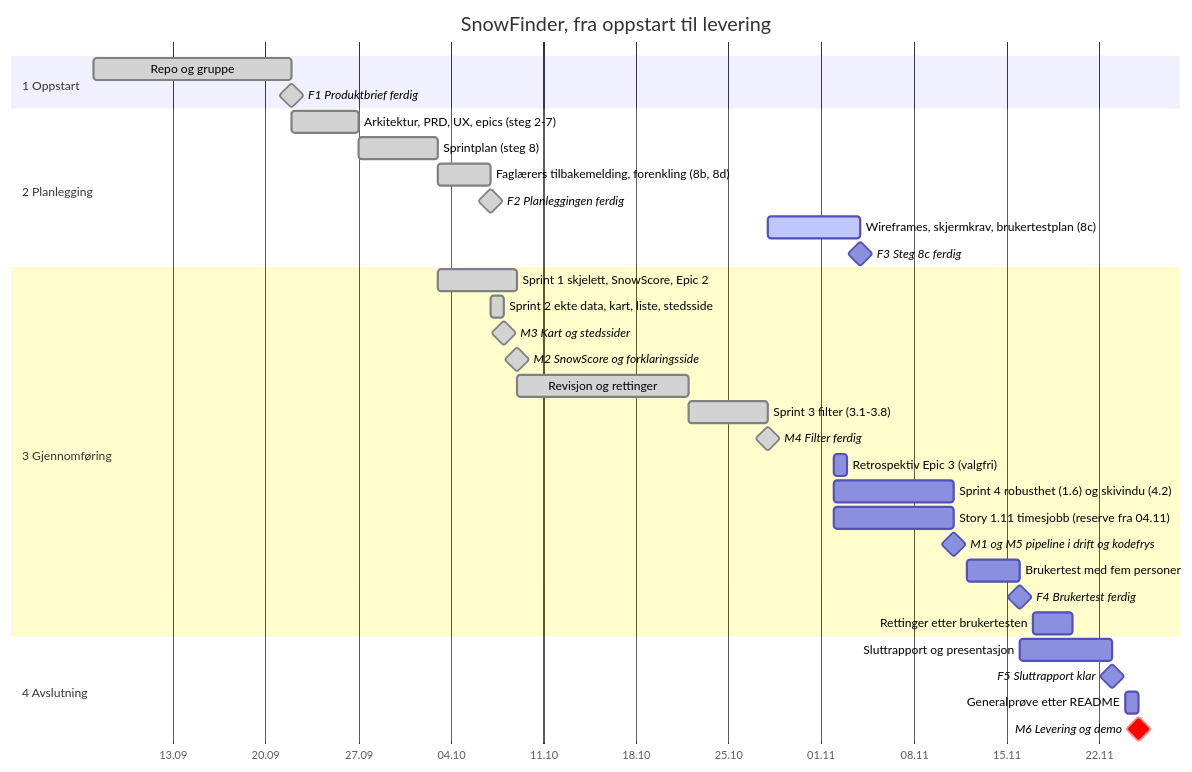
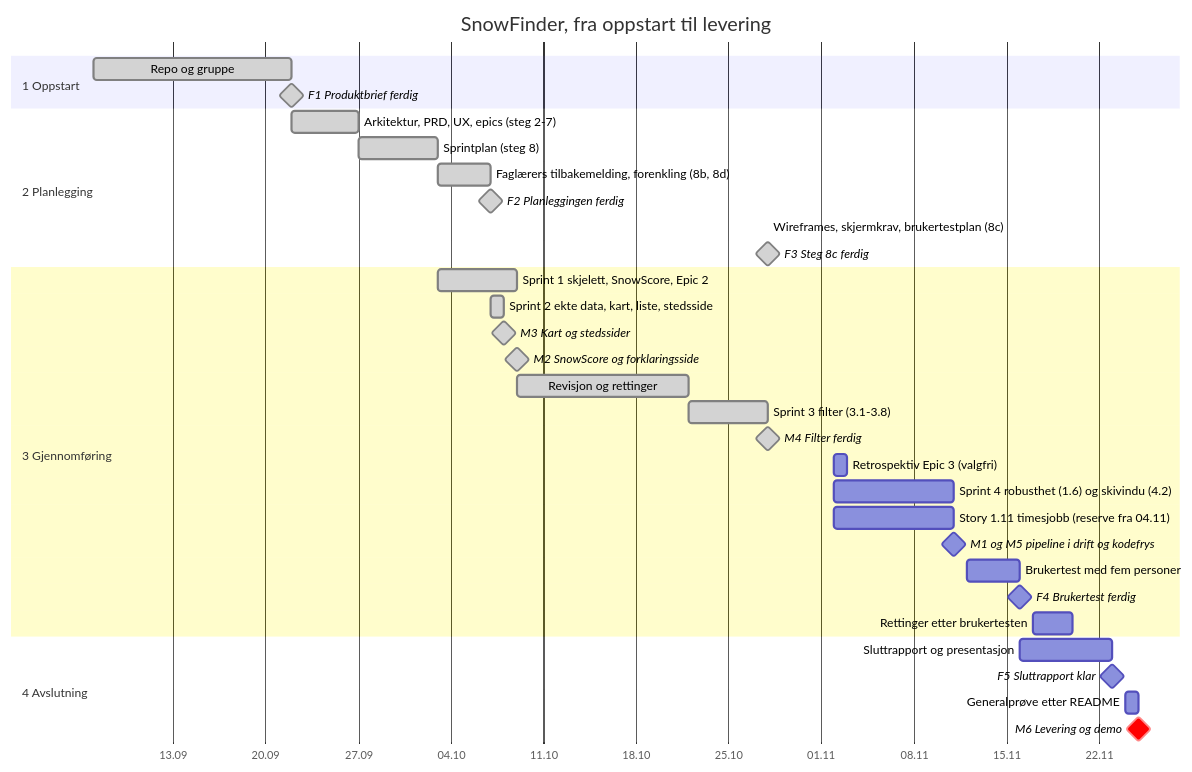
One commit to IBE160-2026/G18-bikila-dymbe-gela-james changed the diagram in project-phase-folders/3-Gjennomføringsfasen/fremdriftsplan.md. Above: the diagram before and after it, drawn with Mermaid. The commit also changed other lines of this file and 21 other files, not shown here.

Commit message:
docs: steg 8c, wireframes, kursets skjermkrav og brukertestplan

````diff
--- a/project-phase-folders/3-Gjennomføringsfasen/fremdriftsplan.md
+++ b/project-phase-folders/3-Gjennomføringsfasen/fremdriftsplan.md
@@ -146,40 +156,40 @@
 ```mermaid
 gantt
     title SnowFinder, fra oppstart til levering
     dateFormat YYYY-MM-DD
     axisFormat %d.%m
 
     section 1 Oppstart
     Repo og gruppe                                : done, 2026-09-07, 2026-09-22
     F1 Produktbrief ferdig                        : milestone, done, 2026-09-22, 0d
 
     section 2 Planlegging
     Arkitektur, PRD, UX, epics (steg 2-7)         : done, 2026-09-22, 2026-09-27
     Sprintplan (steg 8)                           : done, 2026-09-27, 2026-10-03
     Faglærers tilbakemelding, forenkling (8b, 8d) : done, 2026-10-03, 2026-10-07
     F2 Planleggingen ferdig                       : milestone, done, 2026-10-07, 0d
-    Wireframes, skjermkrav, brukertestplan (8c)   : active, 2026-10-28, 2026-11-04
-    F3 Steg 8c ferdig                             : milestone, 2026-11-04, 0d
+    Wireframes, skjermkrav, brukertestplan (8c)   : done, 2026-10-28, 2026-10-28
+    F3 Steg 8c ferdig                             : milestone, done, 2026-10-28, 0d
 
     section 3 Gjennomføring
     Sprint 1 skjelett, SnowScore, Epic 2          : done, 2026-10-03, 2026-10-09
     Sprint 2 ekte data, kart, liste, stedsside    : done, 2026-10-07, 2026-10-08
     M3 Kart og stedssider                         : milestone, done, 2026-10-08, 0d
     M2 SnowScore og forklaringsside               : milestone, done, 2026-10-09, 0d
     Revisjon og rettinger                         : done, 2026-10-09, 2026-10-22
     Sprint 3 filter (3.1-3.8)                     : done, 2026-10-22, 2026-10-28
     M4 Filter ferdig                              : milestone, done, 2026-10-28, 0d
     Retrospektiv Epic 3 (valgfri)                 : 2026-11-02, 2026-11-03
     Sprint 4 robusthet (1.6) og skivindu (4.2)    : 2026-11-02, 2026-11-11
     Story 1.11 timesjobb (reserve fra 04.11)      : 2026-11-02, 2026-11-11
     M1 og M5 pipeline i drift og kodefrys         : milestone, 2026-11-11, 0d
     Brukertest med fem personer                   : 2026-11-12, 2026-11-16
     F4 Brukertest ferdig                          : milestone, 2026-11-16, 0d
     Rettinger etter brukertesten                  : 2026-11-17, 2026-11-20
 
     section 4 Avslutning
     Sluttrapport og presentasjon                  : 2026-11-16, 2026-11-23
     F5 Sluttrapport klar                          : milestone, 2026-11-23, 0d
     Generalprøve etter README                     : 2026-11-24, 2026-11-25
     M6 Levering og demo                           : milestone, crit, 2026-11-25, 0d
 ```
````
